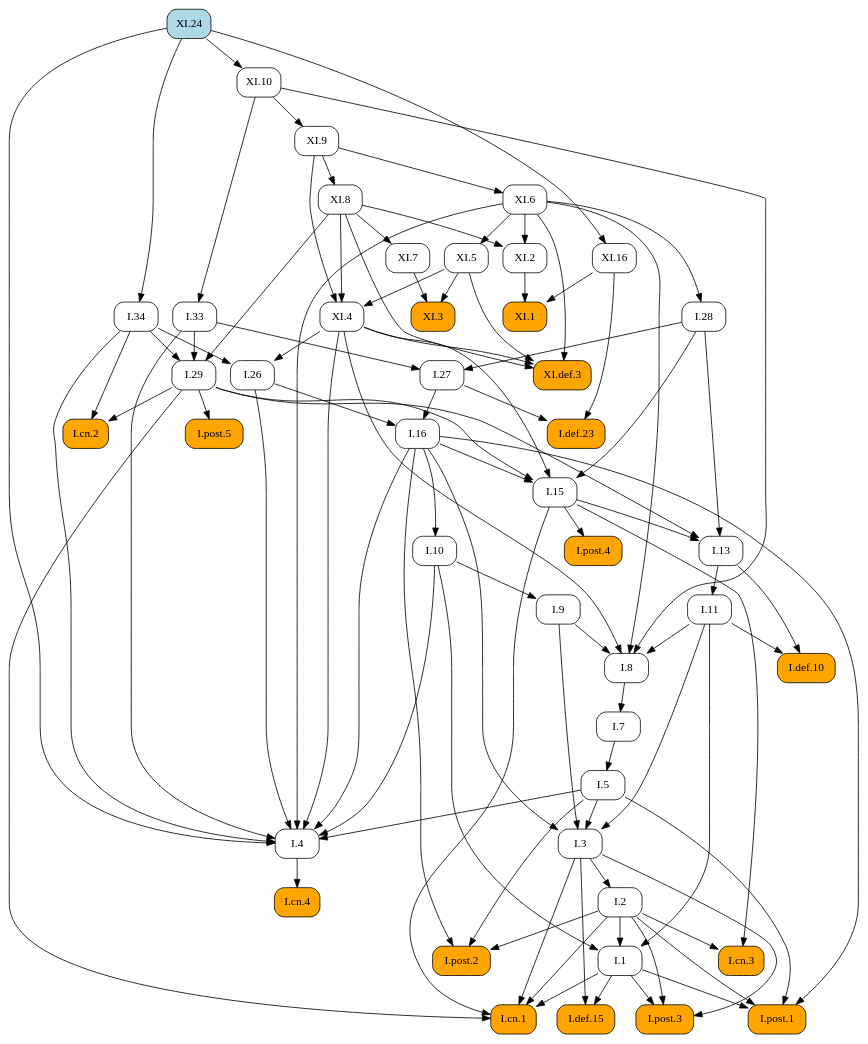
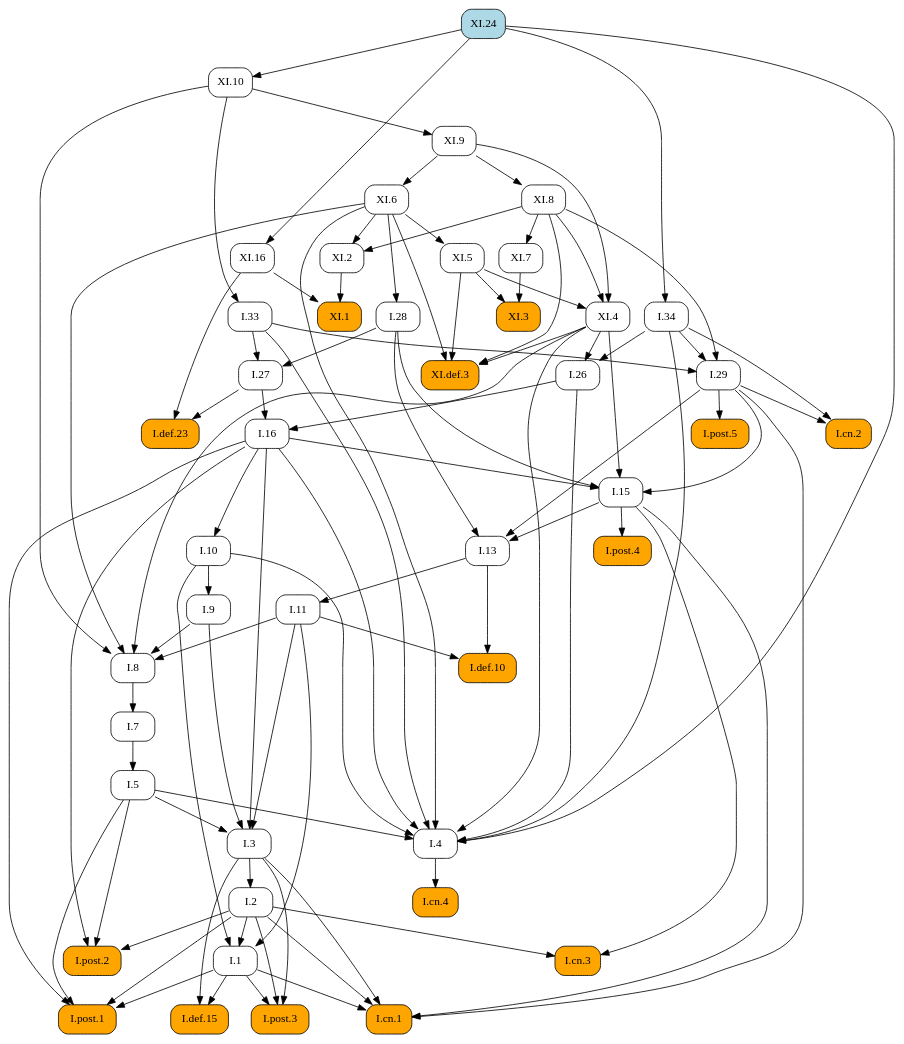
The diagram in docsrc/heath/XI/24/index.rst (geometor/elements), drawn with Graphviz before and after one commit. The commit also changed other lines of this file and 1029 other files, not shown here.

```diff
--- a/docsrc/heath/XI/24/index.rst
+++ b/docsrc/heath/XI/24/index.rst
@@ -50,98 +50,104 @@
    digraph {
      rankdir="TB";
      node [shape=box, style=rounded];
-     "I.cn.3" [style="rounded,filled", fillcolor=orange, URL="/heath/I/cn.3/", target="_top"];
-     "I.29" [URL="/heath/I/29/", target="_top"];
-     "I.7" [URL="/heath/I/7/", target="_top"];
-     "I.27" [URL="/heath/I/27/", target="_top"];
-     "I.def.23" [style="rounded,filled", fillcolor=orange, URL="/heath/I/def.23/", target="_top"];
-     "I.34" [URL="/heath/I/34/", target="_top"];
-     "I.8" [URL="/heath/I/8/", target="_top"];
-     "I.9" [URL="/heath/I/9/", target="_top"];
-     "XI.4" [URL="/heath/XI/4/", target="_top"];
+     "I.def.10" [style="rounded,filled", fillcolor=orange, URL="/heath/I/def.10/", target="_top"];
+     "I.11" [URL="/heath/I/11/", target="_top"];
      "I.post.4" [style="rounded,filled", fillcolor=orange, URL="/heath/I/post.4/", target="_top"];
-     "I.2" [URL="/heath/I/2/", target="_top"];
+     "XI.def.3" [style="rounded,filled", fillcolor=orange, URL="/heath/XI/def.3/", target="_top"];
      "I.28" [URL="/heath/I/28/", target="_top"];
      "I.1" [URL="/heath/I/1/", target="_top"];
+     "I.26" [URL="/heath/I/26/", target="_top"];
+     "XI.7" [URL="/heath/XI/7/", target="_top"];
+     "I.29" [URL="/heath/I/29/", target="_top"];
+     "I.cn.2" [style="rounded,filled", fillcolor=orange, URL="/heath/I/cn.2/", target="_top"];
+     "XI.9" [URL="/heath/XI/9/", target="_top"];
+     "XI.8" [URL="/heath/XI/8/", target="_top"];
      "I.def.15" [style="rounded,filled", fillcolor=orange, URL="/heath/I/def.15/", target="_top"];
+     "I.post.3" [style="rounded,filled", fillcolor=orange, URL="/heath/I/post.3/", target="_top"];
+     "XI.5" [URL="/heath/XI/5/", target="_top"];
+     "XI.1" [style="rounded,filled", fillcolor=orange, URL="/heath/XI/1/", target="_top"];
+     "I.cn.1" [style="rounded,filled", fillcolor=orange, URL="/heath/I/cn.1/", target="_top"];
+     "I.cn.3" [style="rounded,filled", fillcolor=orange, URL="/heath/I/cn.3/", target="_top"];
+     "XI.2" [URL="/heath/XI/2/", target="_top"];
      "I.post.1" [style="rounded,filled", fillcolor=orange, URL="/heath/I/post.1/", target="_top"];
-     "XI.1" [style="rounded,filled", fillcolor=orange, URL="/heath/XI/1/", target="_top"];
+     "XI.6" [URL="/heath/XI/6/", target="_top"];
+     "XI.16" [URL="/heath/XI/16/", target="_top"];
+     "I.27" [URL="/heath/I/27/", target="_top"];
+     "I.7" [URL="/heath/I/7/", target="_top"];
+     "I.34" [URL="/heath/I/34/", target="_top"];
+     "I.3" [URL="/heath/I/3/", target="_top"];
+     "I.2" [URL="/heath/I/2/", target="_top"];
+     "I.4" [URL="/heath/I/4/", target="_top"];
+     "I.def.23" [style="rounded,filled", fillcolor=orange, URL="/heath/I/def.23/", target="_top"];
+     "I.13" [URL="/heath/I/13/", target="_top"];
+     "I.33" [URL="/heath/I/33/", target="_top"];
+     "I.5" [URL="/heath/I/5/", target="_top"];
+     "I.post.2" [style="rounded,filled", fillcolor=orange, URL="/heath/I/post.2/", target="_top"];
+     "I.16" [URL="/heath/I/16/", target="_top"];
+     "I.9" [URL="/heath/I/9/", target="_top"];
+     "I.8" [URL="/heath/I/8/", target="_top"];
      "I.cn.4" [style="rounded,filled", fillcolor=orange, URL="/heath/I/cn.4/", target="_top"];
+     "I.15" [URL="/heath/I/15/", target="_top"];
+     "XI.4" [URL="/heath/XI/4/", target="_top"];
+     "I.post.5" [style="rounded,filled", fillcolor=orange, URL="/heath/I/post.5/", target="_top"];
+     "XI.24" [style="rounded,filled", fillcolor=lightblue, URL="/heath/XI/24/", target="_top"];
+     "I.10" [URL="/heath/I/10/", target="_top"];
      "XI.10" [URL="/heath/XI/10/", target="_top"];
-     "I.26" [URL="/heath/I/26/", target="_top"];
-     "I.33" [URL="/heath/I/33/", target="_top"];
-     "XI.9" [URL="/heath/XI/9/", target="_top"];
-     "I.13" [URL="/heath/I/13/", target="_top"];
-     "I.cn.2" [style="rounded,filled", fillcolor=orange, URL="/heath/I/cn.2/", target="_top"];
-     "I.5" [URL="/heath/I/5/", target="_top"];
-     "I.11" [URL="/heath/I/11/", target="_top"];
-     "I.10" [URL="/heath/I/10/", target="_top"];
-     "I.4" [URL="/heath/I/4/", target="_top"];
-     "XI.5" [URL="/heath/XI/5/", target="_top"];
-     "I.3" [URL="/heath/I/3/", target="_top"];
-     "I.16" [URL="/heath/I/16/", target="_top"];
-     "I.def.10" [style="rounded,filled", fillcolor=orange, URL="/heath/I/def.10/", target="_top"];
-     "XI.def.3" [style="rounded,filled", fillcolor=orange, URL="/heath/XI/def.3/", target="_top"];
-     "I.post.2" [style="rounded,filled", fillcolor=orange, URL="/heath/I/post.2/", target="_top"];
-     "I.post.3" [style="rounded,filled", fillcolor=orange, URL="/heath/I/post.3/", target="_top"];
-     "I.post.5" [style="rounded,filled", fillcolor=orange, URL="/heath/I/post.5/", target="_top"];
      "XI.3" [style="rounded,filled", fillcolor=orange, URL="/heath/XI/3/", target="_top"];
-     "XI.6" [URL="/heath/XI/6/", target="_top"];
-     "XI.7" [URL="/heath/XI/7/", target="_top"];
-     "I.15" [URL="/heath/I/15/", target="_top"];
-     "XI.24" [style="rounded,filled", fillcolor=lightblue, URL="/heath/XI/24/", target="_top"];
-     "I.cn.1" [style="rounded,filled", fillcolor=orange, URL="/heath/I/cn.1/", target="_top"];
-     "XI.2" [URL="/heath/XI/2/", target="_top"];
-     "XI.8" [URL="/heath/XI/8/", target="_top"];
-     "XI.16" [URL="/heath/XI/16/", target="_top"];
-     "I.2" -> "I.cn.3";
-     "I.15" -> "I.cn.3";
-     "I.33" -> "I.29";
-     "I.34" -> "I.29";
-     "XI.8" -> "I.29";
-     "I.8" -> "I.7";
-     "I.28" -> "I.27";
-     "I.33" -> "I.27";
-     "I.27" -> "I.def.23";
-     "XI.16" -> "I.def.23";
-     "XI.24" -> "I.34";
-     "I.9" -> "I.8";
-     "I.11" -> "I.8";
-     "XI.4" -> "I.8";
-     "XI.6" -> "I.8";
-     "XI.10" -> "I.8";
-     "I.10" -> "I.9";
-     "XI.5" -> "XI.4";
-     "XI.8" -> "XI.4";
-     "XI.9" -> "XI.4";
+     "I.11" -> "I.def.10";
+     "I.13" -> "I.def.10";
+     "I.13" -> "I.11";
      "I.15" -> "I.post.4";
-     "I.3" -> "I.2";
+     "XI.4" -> "XI.def.3";
+     "XI.5" -> "XI.def.3";
+     "XI.6" -> "XI.def.3";
+     "XI.8" -> "XI.def.3";
      "XI.6" -> "I.28";
      "I.2" -> "I.1";
      "I.10" -> "I.1";
      "I.11" -> "I.1";
+     "I.34" -> "I.26";
+     "XI.4" -> "I.26";
+     "XI.8" -> "XI.7";
+     "I.33" -> "I.29";
+     "I.34" -> "I.29";
+     "XI.8" -> "I.29";
+     "I.29" -> "I.cn.2";
+     "I.34" -> "I.cn.2";
+     "XI.10" -> "XI.9";
+     "XI.9" -> "XI.8";
      "I.1" -> "I.def.15";
      "I.3" -> "I.def.15";
+     "I.1" -> "I.post.3";
+     "I.2" -> "I.post.3";
+     "I.3" -> "I.post.3";
+     "XI.6" -> "XI.5";
+     "XI.2" -> "XI.1";
+     "XI.16" -> "XI.1";
+     "I.1" -> "I.cn.1";
+     "I.2" -> "I.cn.1";
+     "I.3" -> "I.cn.1";
+     "I.15" -> "I.cn.1";
+     "I.29" -> "I.cn.1";
+     "I.2" -> "I.cn.3";
+     "I.15" -> "I.cn.3";
+     "XI.6" -> "XI.2";
+     "XI.8" -> "XI.2";
      "I.1" -> "I.post.1";
      "I.2" -> "I.post.1";
      "I.5" -> "I.post.1";
      "I.16" -> "I.post.1";
-     "XI.2" -> "XI.1";
-     "XI.16" -> "XI.1";
-     "I.4" -> "I.cn.4";
-     "XI.24" -> "XI.10";
-     "I.34" -> "I.26";
-     "XI.4" -> "I.26";
-     "XI.10" -> "I.33";
-     "XI.10" -> "XI.9";
-     "I.15" -> "I.13";
-     "I.28" -> "I.13";
-     "I.29" -> "I.13";
-     "I.29" -> "I.cn.2";
-     "I.34" -> "I.cn.2";
-     "I.7" -> "I.5";
-     "I.13" -> "I.11";
-     "I.16" -> "I.10";
+     "XI.9" -> "XI.6";
+     "XI.24" -> "XI.16";
+     "I.28" -> "I.27";
+     "I.33" -> "I.27";
+     "I.8" -> "I.7";
+     "XI.24" -> "I.34";
+     "I.5" -> "I.3";
+     "I.9" -> "I.3";
+     "I.11" -> "I.3";
+     "I.16" -> "I.3";
+     "I.3" -> "I.2";
      "I.5" -> "I.4";
      "I.10" -> "I.4";
      "I.16" -> "I.4";
@@ -151,41 +157,35 @@
      "XI.4" -> "I.4";
      "XI.6" -> "I.4";
      "XI.24" -> "I.4";
-     "XI.6" -> "XI.5";
-     "I.5" -> "I.3";
-     "I.9" -> "I.3";
-     "I.11" -> "I.3";
-     "I.16" -> "I.3";
-     "I.26" -> "I.16";
-     "I.27" -> "I.16";
-     "I.11" -> "I.def.10";
-     "I.13" -> "I.def.10";
-     "XI.4" -> "XI.def.3";
-     "XI.5" -> "XI.def.3";
-     "XI.6" -> "XI.def.3";
-     "XI.8" -> "XI.def.3";
+     "I.27" -> "I.def.23";
+     "XI.16" -> "I.def.23";
+     "I.15" -> "I.13";
+     "I.28" -> "I.13";
+     "I.29" -> "I.13";
+     "XI.10" -> "I.33";
+     "I.7" -> "I.5";
      "I.2" -> "I.post.2";
      "I.5" -> "I.post.2";
      "I.16" -> "I.post.2";
-     "I.1" -> "I.post.3";
-     "I.2" -> "I.post.3";
-     "I.3" -> "I.post.3";
-     "I.29" -> "I.post.5";
-     "XI.5" -> "XI.3";
-     "XI.7" -> "XI.3";
-     "XI.9" -> "XI.6";
-     "XI.8" -> "XI.7";
+     "I.26" -> "I.16";
+     "I.27" -> "I.16";
+     "I.10" -> "I.9";
+     "I.9" -> "I.8";
+     "I.11" -> "I.8";
+     "XI.4" -> "I.8";
+     "XI.6" -> "I.8";
+     "XI.10" -> "I.8";
+     "I.4" -> "I.cn.4";
      "I.16" -> "I.15";
      "I.28" -> "I.15";
      "I.29" -> "I.15";
      "XI.4" -> "I.15";
-     "I.1" -> "I.cn.1";
-     "I.2" -> "I.cn.1";
-     "I.3" -> "I.cn.1";
-     "I.15" -> "I.cn.1";
-     "I.29" -> "I.cn.1";
-     "XI.6" -> "XI.2";
-     "XI.8" -> "XI.2";
-     "XI.9" -> "XI.8";
-     "XI.24" -> "XI.16";
+     "XI.5" -> "XI.4";
+     "XI.8" -> "XI.4";
+     "XI.9" -> "XI.4";
+     "I.29" -> "I.post.5";
+     "I.16" -> "I.10";
+     "XI.24" -> "XI.10";
+     "XI.5" -> "XI.3";
+     "XI.7" -> "XI.3";
    }
```
